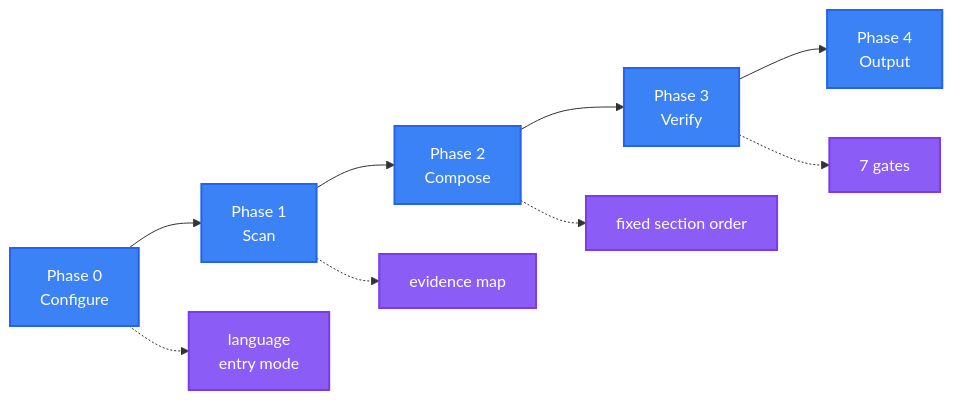
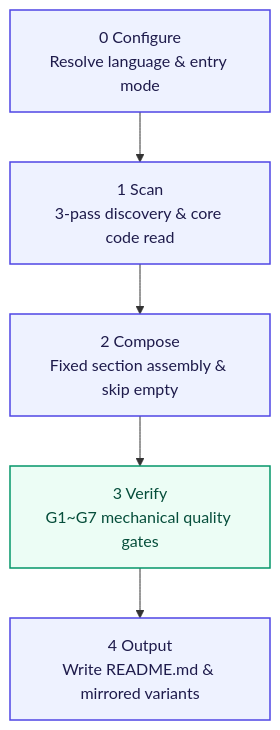
The diagram in README.en.md (LINJIANG12/general-readme-skill), drawn with Mermaid before and after one commit. The commit also changed other lines of this file and 1 other file, not shown here.

First line of the commit message:
docs: visual overhaul for top-tier open-source quality

````diff
--- a/README.en.md
+++ b/README.en.md
@@ -152,18 +187,13 @@
 ```mermaid
-flowchart LR
-    A[Phase 0<br/>Configure] --> B[Phase 1<br/>Scan]
-    B --> C[Phase 2<br/>Compose]
-    C --> D[Phase 3<br/>Verify]
-    D --> E[Phase 4<br/>Output]
+flowchart TD
+    classDef step fill:#EEF2FF,stroke:#4F46E5,stroke-width:1.5px,color:#1E1B4B;
+    classDef gate fill:#ECFDF5,stroke:#059669,stroke-width:1.5px,color:#064E3B;
 
-    A -.-> A1[language<br/>entry mode]
-    B -.-> B1[evidence map]
-    C -.-> C1[fixed section order]
-    D -.-> D1[7 gates]
+    P0["0 Configure<br/>Resolve language & entry mode"]:::step
+    P1["1 Scan<br/>3-pass discovery & core code read"]:::step
+    P2["2 Compose<br/>Fixed section assembly & skip empty"]:::step
+    P3["3 Verify<br/>G1~G7 mechanical quality gates"]:::gate
+    P4["4 Output<br/>Write README.md & mirrored variants"]:::step
 
-    classDef phase fill:#3B82F6,stroke:#2563EB,color:#fff,stroke-width:2px
-    classDef artifact fill:#8B5CF6,stroke:#7C3AED,color:#fff,stroke-width:2px
-
-    class A,B,C,D,E phase
-    class A1,B1,C1,D1 artifact
+    P0 --> P1 --> P2 --> P3 --> P4
 ```
````
